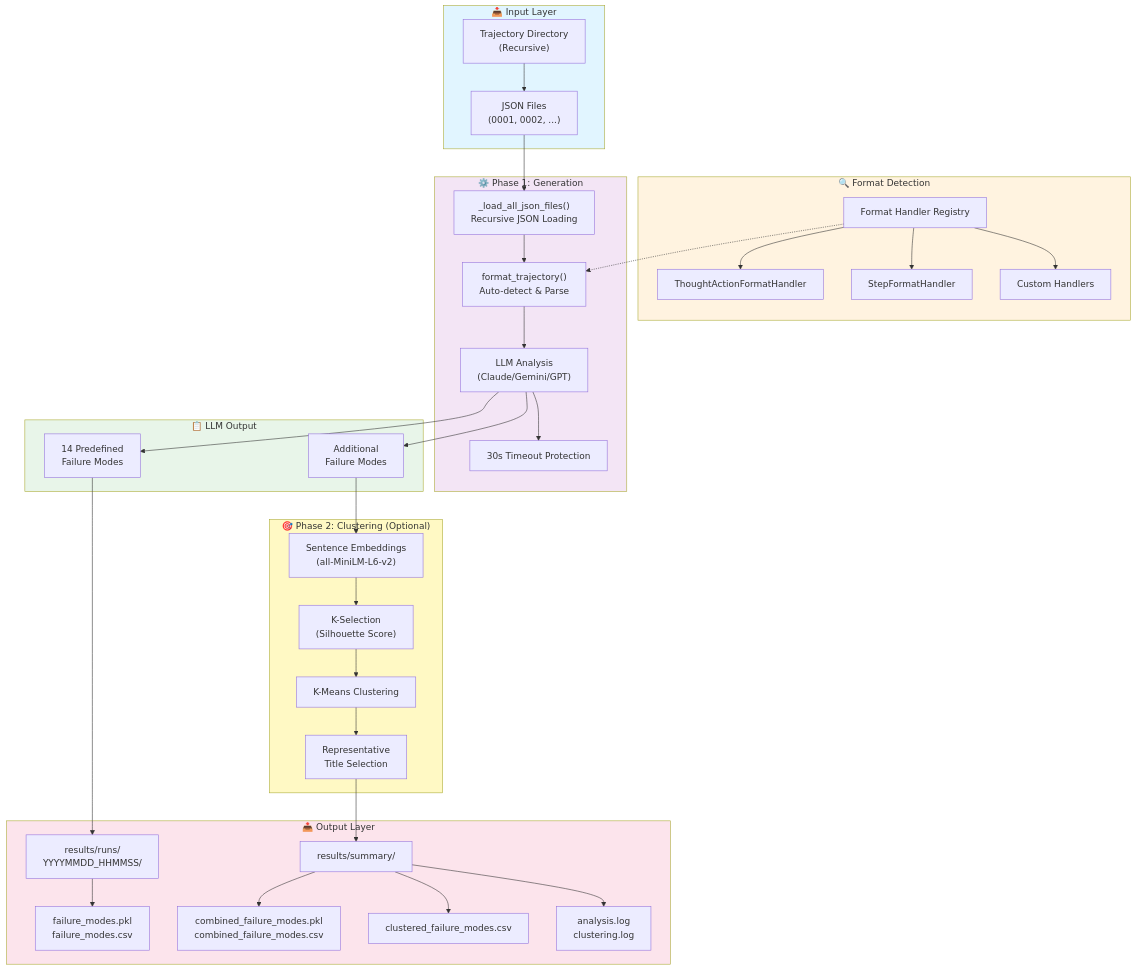
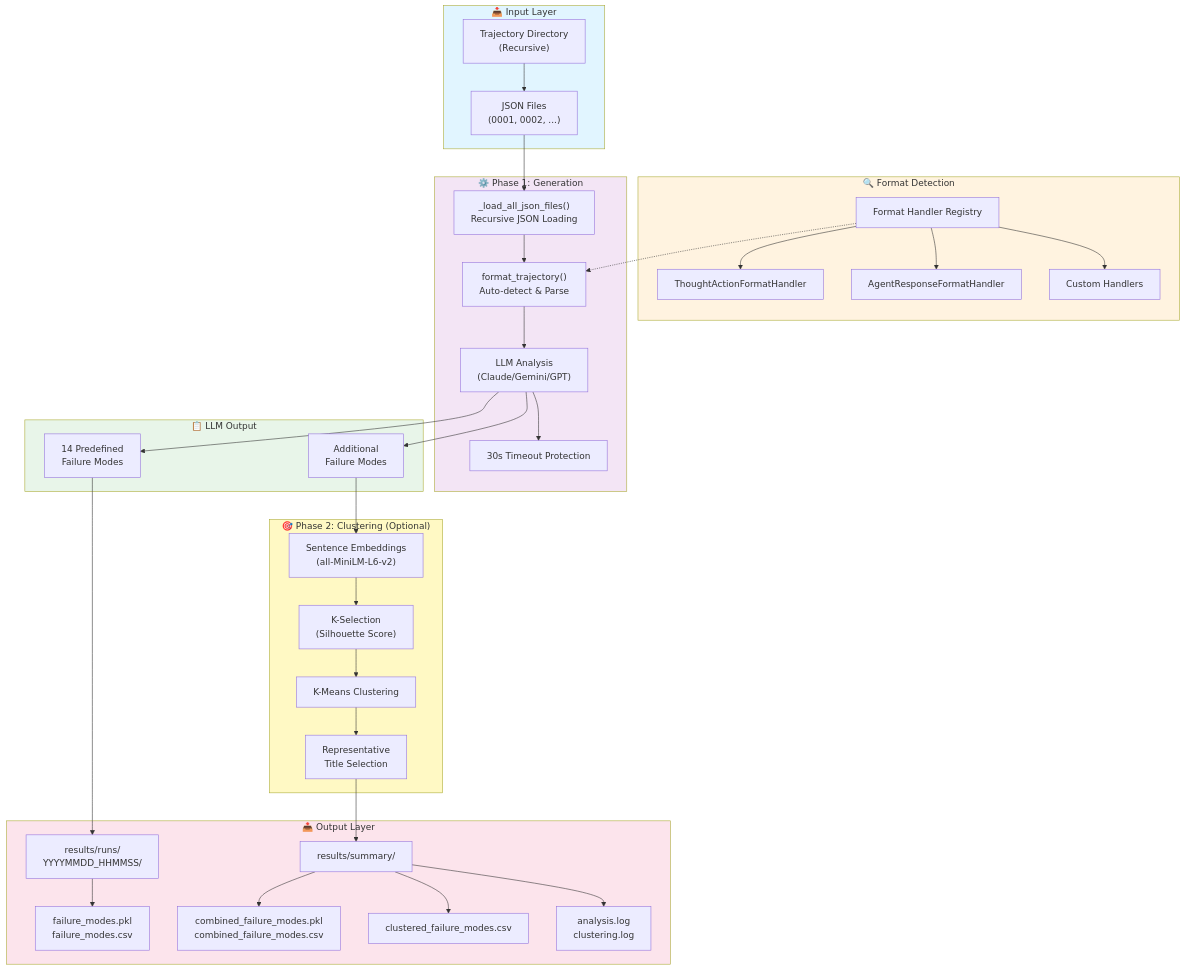
One commit to derekbhoang/AssetOpsBench changed the diagram in src/trajectory_analysis/failure_mode/README.md. Above: the diagram before and after it, drawn with Mermaid. The commit also changed other lines of this file, not shown here.

````diff
--- a/src/trajectory_analysis/failure_mode/README.md
+++ b/src/trajectory_analysis/failure_mode/README.md
@@ -7,74 +7,74 @@
 ```mermaid
 flowchart TB
     subgraph Input["📥 Input Layer"]
         TrajDir["Trajectory Directory<br/>(Recursive)"]
         TrajFiles["JSON Files<br/>(0001, 0002, ...)"]
         TrajDir --> TrajFiles
     end
 
     subgraph FormatDetection["🔍 Format Detection"]
         Registry["Format Handler Registry"]
         Handler1["ThoughtActionFormatHandler"]
-        Handler2["StepFormatHandler"]
+        Handler2["AgentResponseFormatHandler"]
         Handler3["Custom Handlers"]
         Registry --> Handler1
         Registry --> Handler2
         Registry --> Handler3
     end
 
     subgraph Generation["⚙️ Phase 1: Generation"]
         Loader["_load_all_json_files()<br/>Recursive JSON Loading"]
         FormatParser["format_trajectory()<br/>Auto-detect & Parse"]
         LLMAnalysis["LLM Analysis<br/>(Claude/Gemini/GPT)"]
         Timeout["30s Timeout Protection"]
         
         Loader --> FormatParser
         FormatParser --> LLMAnalysis
         LLMAnalysis --> Timeout
     end
 
     subgraph LLMOutput["📋 LLM Output"]
         PredefinedFM["14 Predefined<br/>Failure Modes"]
         CustomFM["Additional<br/>Failure Modes"]
         LLMAnalysis --> PredefinedFM
         LLMAnalysis --> CustomFM
     end
 
     subgraph Clustering["🎯 Phase 2: Clustering (Optional)"]
         Embeddings["Sentence Embeddings<br/>(all-MiniLM-L6-v2)"]
         KSelection["K-Selection<br/>(Silhouette Score)"]
         KMeans["K-Means Clustering"]
         RepTitle["Representative<br/>Title Selection"]
         
         Embeddings --> KSelection
         KSelection --> KMeans
         KMeans --> RepTitle
     end
 
     subgraph Output["📤 Output Layer"]
         RunDir["results/runs/<br/>YYYYMMDD_HHMMSS/"]
         FailureModes["failure_modes.pkl<br/>failure_modes.csv"]
         Summary["results/summary/"]
         Combined["combined_failure_modes.pkl<br/>combined_failure_modes.csv"]
         Clustered["clustered_failure_modes.csv"]
         Logs["analysis.log<br/>clustering.log"]
         
         RunDir --> FailureModes
         Summary --> Combined
         Summary --> Clustered
         Summary --> Logs
     end
 
     TrajFiles --> Loader
     Registry -.-> FormatParser
     PredefinedFM --> RunDir
     CustomFM --> Embeddings
     RepTitle --> Summary
 
     style Input fill:#e1f5ff
     style FormatDetection fill:#fff3e0
     style Generation fill:#f3e5f5
     style LLMOutput fill:#e8f5e9
     style Clustering fill:#fff9c4
     style Output fill:#fce4ec
 ```
````
